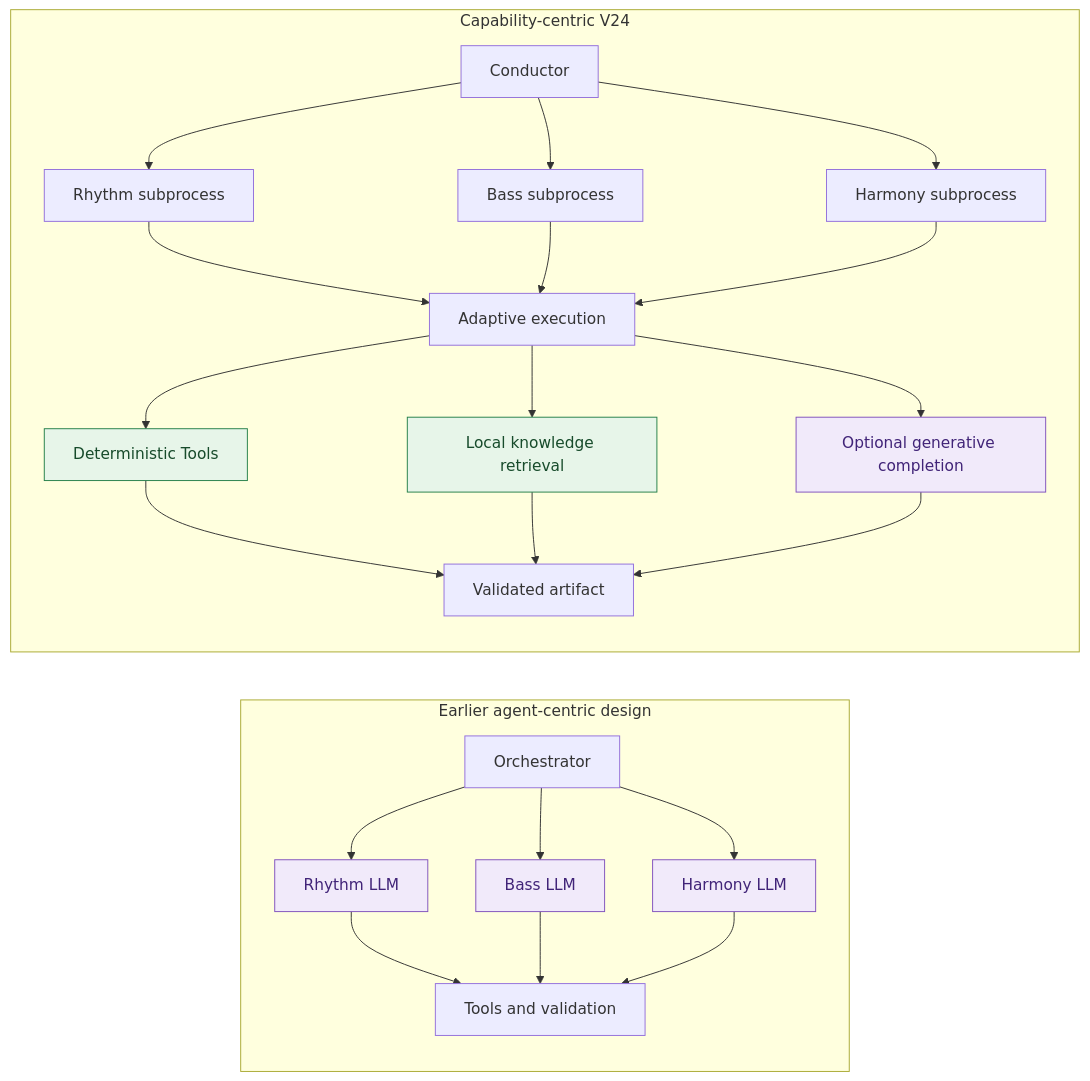
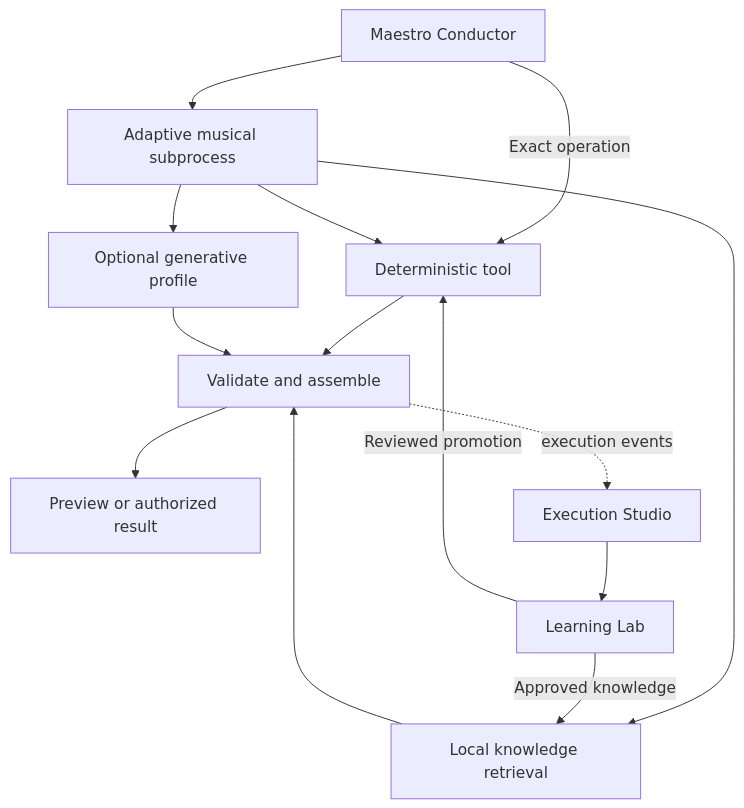
The first of 19 diagrams in docs/maestro-v2/EXECUTION_STUDIO_LEARNING_V24.en.md (vsalesa/tidal-studio), drawn with Mermaid before and after one commit. The commit also changed other lines of this file, not shown here.

Commit message:
docs: unify proposed adaptive design and evaluate Burr vs LangGraph orchestration runtimes

````diff
--- a/docs/maestro-v2/EXECUTION_STUDIO_LEARNING_V24.en.md
+++ b/docs/maestro-v2/EXECUTION_STUDIO_LEARNING_V24.en.md
@@ -24,29 +24,16 @@
 ```mermaid
-flowchart LR
- subgraph OLD["Earlier agent-centric design"]
- O[Orchestrator] --> A[Rhythm LLM]
- O --> B[Bass LLM]
- O --> H[Harmony LLM]
- A --> V[Tools and validation]
- B --> V
- H --> V
- end
- subgraph NEW["Capability-centric V24"]
- C[Conductor] --> R[Rhythm subprocess]
- C --> S[Bass subprocess]
- C --> T[Harmony subprocess]
- R --> E[Adaptive execution]
- S --> E
- T --> E
- E --> D[Deterministic Tools]
- E --> K[Local knowledge retrieval]
- E --> G[Optional generative completion]
- D --> X[Validated artifact]
- K --> X
- G --> X
- end
- classDef local fill:#e7f5e9,stroke:#26804a,color:#174b2b
- classDef gen fill:#f1eafa,stroke:#8153bd,color:#412478
- class D,K local
- class A,B,H,G gen
+flowchart TD
+ C[Maestro Conductor] --> S[Adaptive musical subprocess]
+ C -->|Exact operation| T[Deterministic tool]
+ S --> T
+ S --> K[Local knowledge retrieval]
+ S --> G[Optional generative profile]
+ T --> V[Validate and assemble]
+ K --> V
+ G --> V
+ V --> U[Preview or authorized result]
+ V -. execution events .-> E[Execution Studio]
+ E --> L[Learning Lab]
+ L -->|Reviewed promotion| T
+ L -->|Approved knowledge| K
 ```
````
